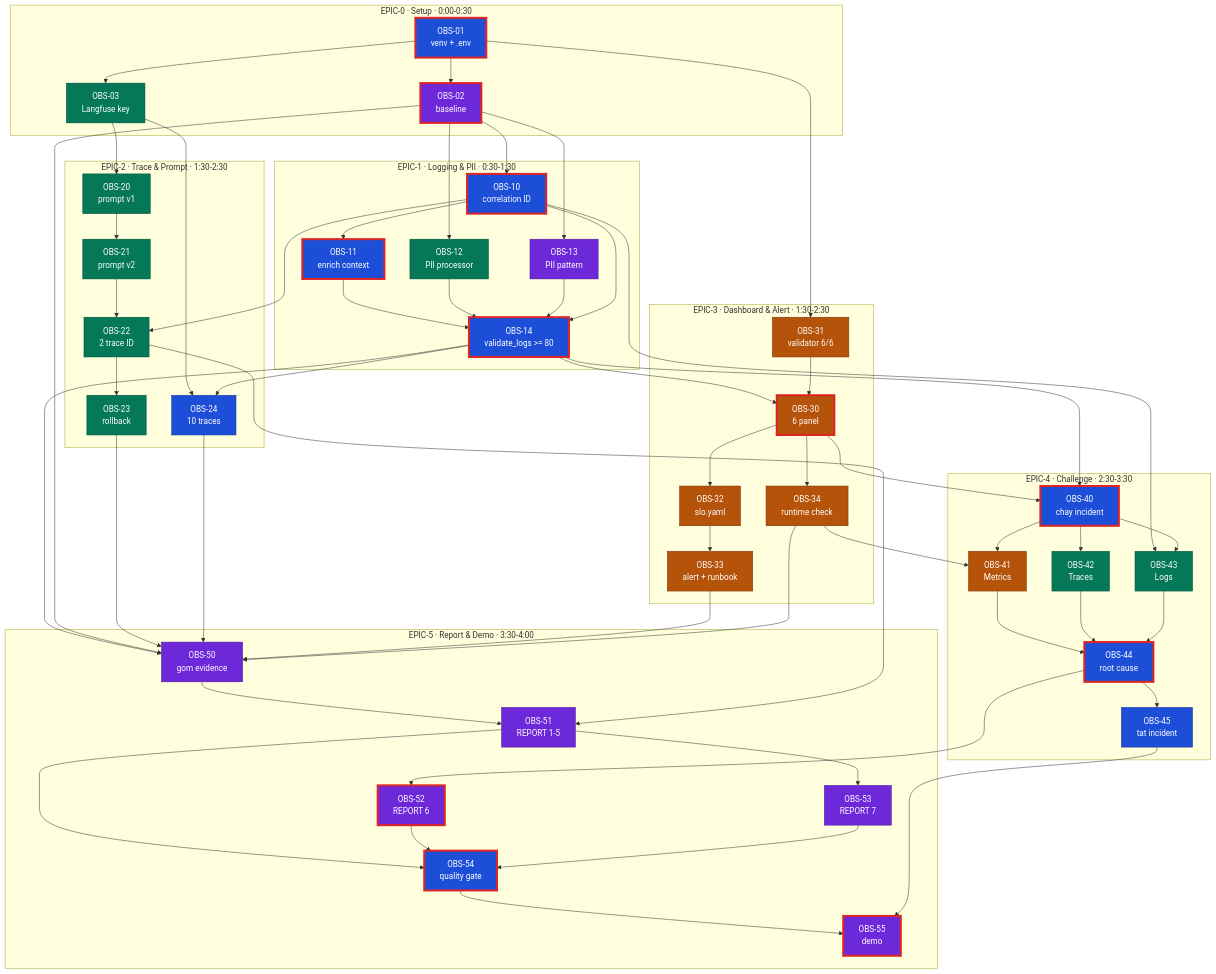
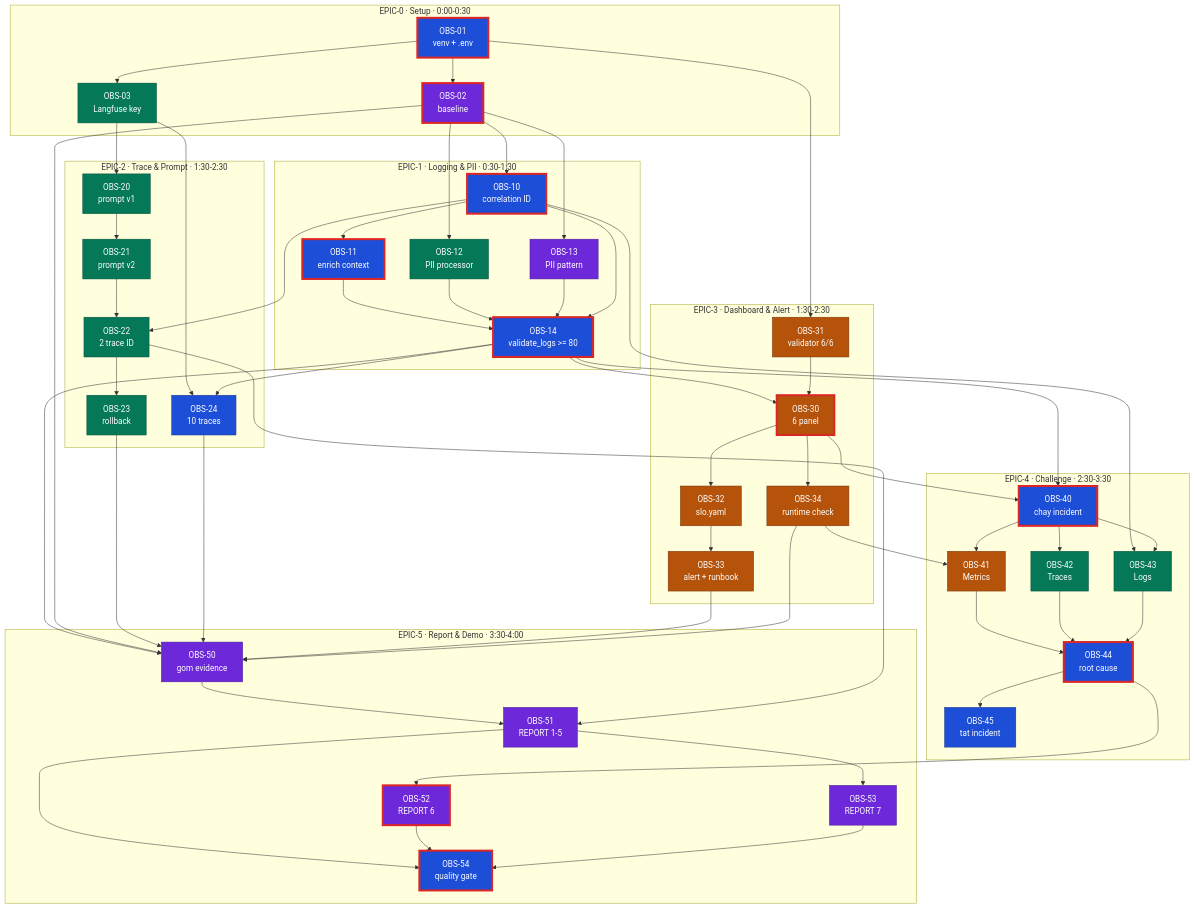
The diagram in docs/PLAN.md (Mrgintamago/Day13-K4-F5-1), drawn with Mermaid before and after one commit. The commit also changed other lines of this file, not shown here.

First line of the commit message:
docs: drop OBS-55 from the board

````diff
--- a/docs/PLAN.md
+++ b/docs/PLAN.md
@@ -446,82 +444,80 @@
 ```mermaid
 flowchart TD
     classDef quang fill:#1d4ed8,stroke:#1e3a8a,color:#fff
     classDef sang  fill:#047857,stroke:#064e3b,color:#fff
     classDef han   fill:#b45309,stroke:#78350f,color:#fff
     classDef tuong fill:#6d28d9,stroke:#4c1d95,color:#fff
     classDef crit  stroke:#dc2626,stroke-width:4px
 
     subgraph EPIC0["EPIC-0 · Setup · 0:00-0:30"]
         T01["OBS-01<br/>venv + .env"]
         T02["OBS-02<br/>baseline"]
         T03["OBS-03<br/>Langfuse key"]
     end
 
     subgraph EPIC1["EPIC-1 · Logging & PII · 0:30-1:30"]
         T10["OBS-10<br/>correlation ID"]
         T11["OBS-11<br/>enrich context"]
         T12["OBS-12<br/>PII processor"]
         T13["OBS-13<br/>PII pattern"]
         T14["OBS-14<br/>validate_logs >= 80"]
     end
 
     subgraph EPIC2["EPIC-2 · Trace & Prompt · 1:30-2:30"]
         T20["OBS-20<br/>prompt v1"]
         T21["OBS-21<br/>prompt v2"]
         T22["OBS-22<br/>2 trace ID"]
         T23["OBS-23<br/>rollback"]
         T24["OBS-24<br/>10 traces"]
     end
 
     subgraph EPIC3["EPIC-3 · Dashboard & Alert · 1:30-2:30"]
         T31["OBS-31<br/>validator 6/6"]
         T30["OBS-30<br/>6 panel"]
         T32["OBS-32<br/>slo.yaml"]
         T33["OBS-33<br/>alert + runbook"]
         T34["OBS-34<br/>runtime check"]
     end
 
     subgraph EPIC4["EPIC-4 · Challenge · 2:30-3:30"]
         T40["OBS-40<br/>chay incident"]
         T41["OBS-41<br/>Metrics"]
         T42["OBS-42<br/>Traces"]
         T43["OBS-43<br/>Logs"]
         T44["OBS-44<br/>root cause"]
         T45["OBS-45<br/>tat incident"]
     end
 
     subgraph EPIC5["EPIC-5 · Report & Demo · 3:30-4:00"]
         T50["OBS-50<br/>gom evidence"]
         T51["OBS-51<br/>REPORT 1-5"]
         T52["OBS-52<br/>REPORT 6"]
         T53["OBS-53<br/>REPORT 7"]
         T54["OBS-54<br/>quality gate"]
-        T55["OBS-55<br/>demo"]
     end
 
     T01 --> T02 & T03 & T31
     T02 --> T10 & T12 & T13
     T10 --> T11 & T22 & T43
     T11 --> T14
     T12 --> T14
     T13 --> T14
     T10 --> T14
     T03 --> T20 --> T21 --> T22 --> T23
     T03 --> T24
     T14 --> T24 & T30 & T40 & T50
     T31 --> T30 --> T32 --> T33
     T30 --> T34 & T40
     T34 --> T41
     T40 --> T41 & T42 & T43
     T41 & T42 & T43 --> T44 --> T45 & T52
     T02 & T23 & T24 & T33 & T34 --> T50 --> T51
     T22 --> T51 --> T53
-    T51 & T52 & T53 --> T54 --> T55
-    T45 --> T55
+    T51 & T52 & T53 --> T54
 
     class T01,T10,T11,T14,T24,T40,T44,T45,T54 quang
     class T03,T12,T20,T21,T22,T23,T42,T43 sang
     class T30,T31,T32,T33,T34,T41 han
-    class T02,T13,T50,T51,T52,T53,T55 tuong
-    class T01,T02,T10,T11,T14,T30,T40,T44,T52,T54,T55 crit
+    class T02,T13,T50,T51,T52,T53 tuong
+    class T01,T02,T10,T11,T14,T30,T40,T44,T52,T54 crit
 ```
````
